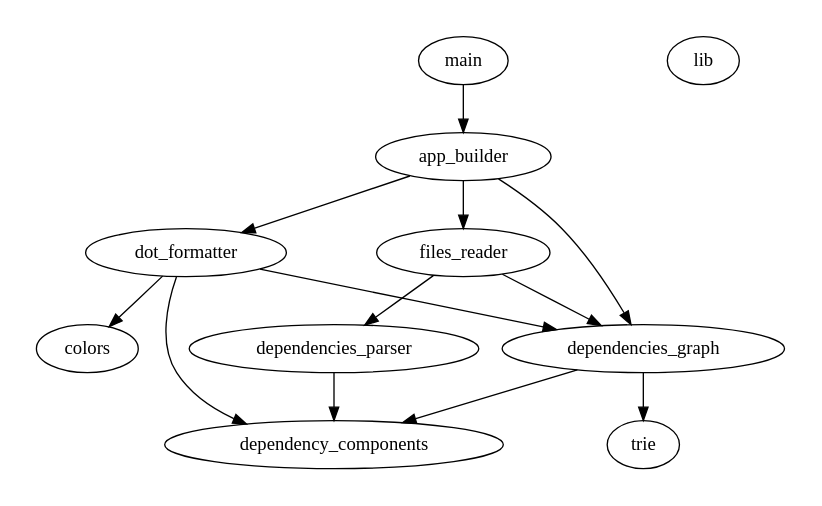
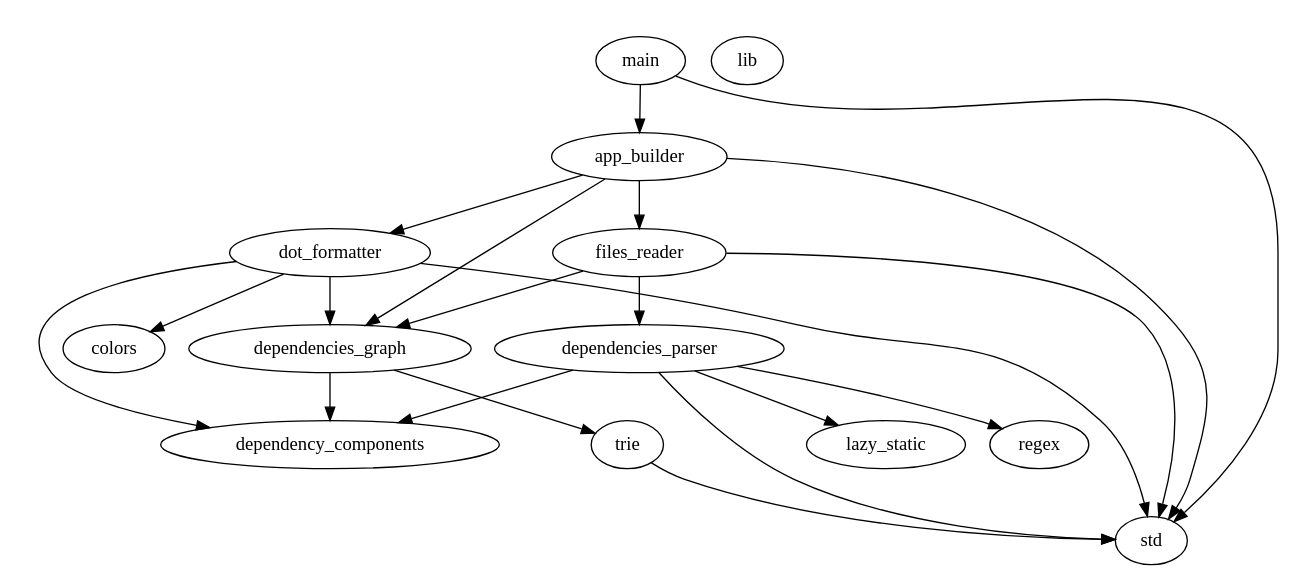
The diagram in modules.dot (thomas-huegel/cargo-graphmod), drawn with Graphviz before and after one commit. The commit also changed 13 other files, not shown here.

```diff
--- a/modules.dot
+++ b/modules.dot
@@ -1,29 +1,37 @@
 digraph dependencies {
 subgraph cluster_ {
 label=""
 color="#ffffff"
 style="filled"
   "::app_builder"[label="app_builder",style="filled",fillcolor="#ffffff"]
   "::colors"[label="colors",style="filled",fillcolor="#ffffff"]
   "::dependencies_graph"[label="dependencies_graph",style="filled",fillcolor="#ffffff"]
   "::dependencies_parser"[label="dependencies_parser",style="filled",fillcolor="#ffffff"]
   "::dependency_components"[label="dependency_components",style="filled",fillcolor="#ffffff"]
   "::dot_formatter"[label="dot_formatter",style="filled",fillcolor="#ffffff"]
   "::files_reader"[label="files_reader",style="filled",fillcolor="#ffffff"]
   "::lib"[label="lib",style="filled",fillcolor="#ffffff"]
   "::main"[label="main",style="filled",fillcolor="#ffffff"]
   "::trie"[label="trie",style="filled",fillcolor="#ffffff"]
 }
 "::app_builder" -> "::dependencies_graph"
 "::app_builder" -> "::dot_formatter"
 "::app_builder" -> "::files_reader"
+"::app_builder" -> "std"
 "::dependencies_graph" -> "::dependency_components"
 "::dependencies_graph" -> "::trie"
 "::dependencies_parser" -> "::dependency_components"
+"::dependencies_parser" -> "lazy_static"
+"::dependencies_parser" -> "regex"
+"::dependencies_parser" -> "std"
 "::dot_formatter" -> "::colors"
 "::dot_formatter" -> "::dependencies_graph"
 "::dot_formatter" -> "::dependency_components"
+"::dot_formatter" -> "std"
 "::files_reader" -> "::dependencies_graph"
 "::files_reader" -> "::dependencies_parser"
+"::files_reader" -> "std"
 "::main" -> "::app_builder"
+"::main" -> "std"
+"::trie" -> "std"
 }
```
